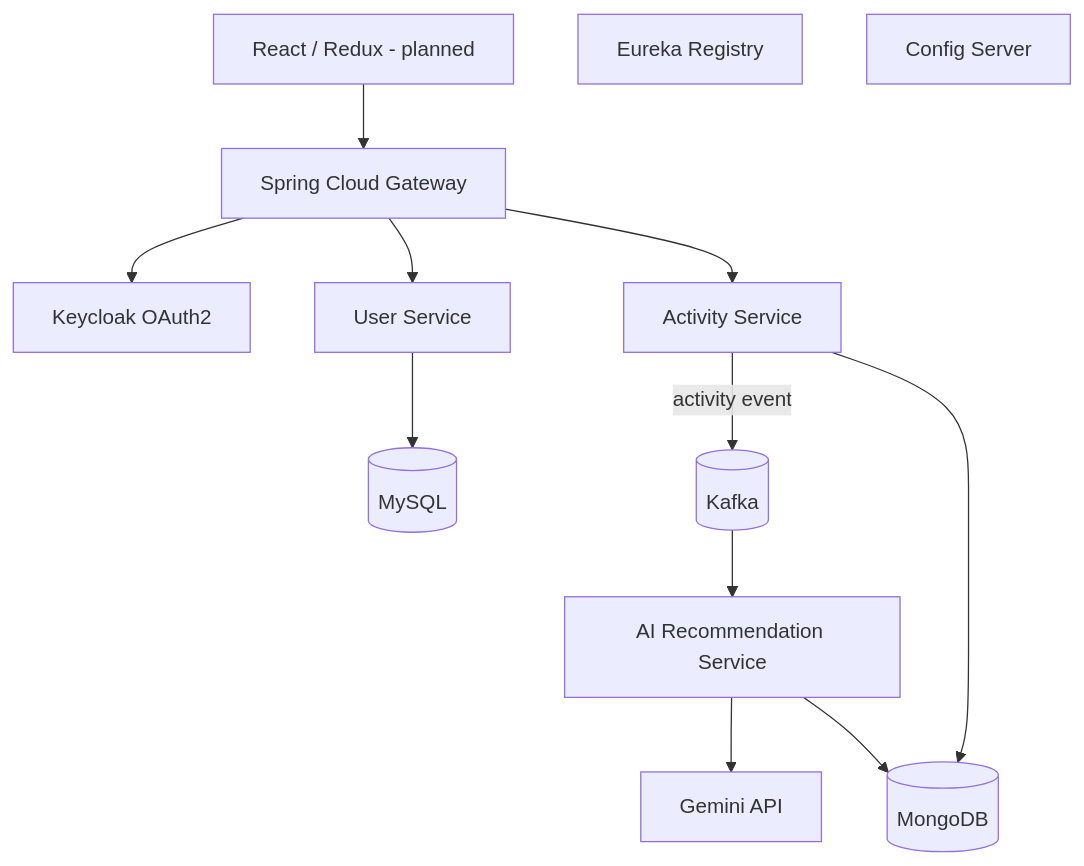
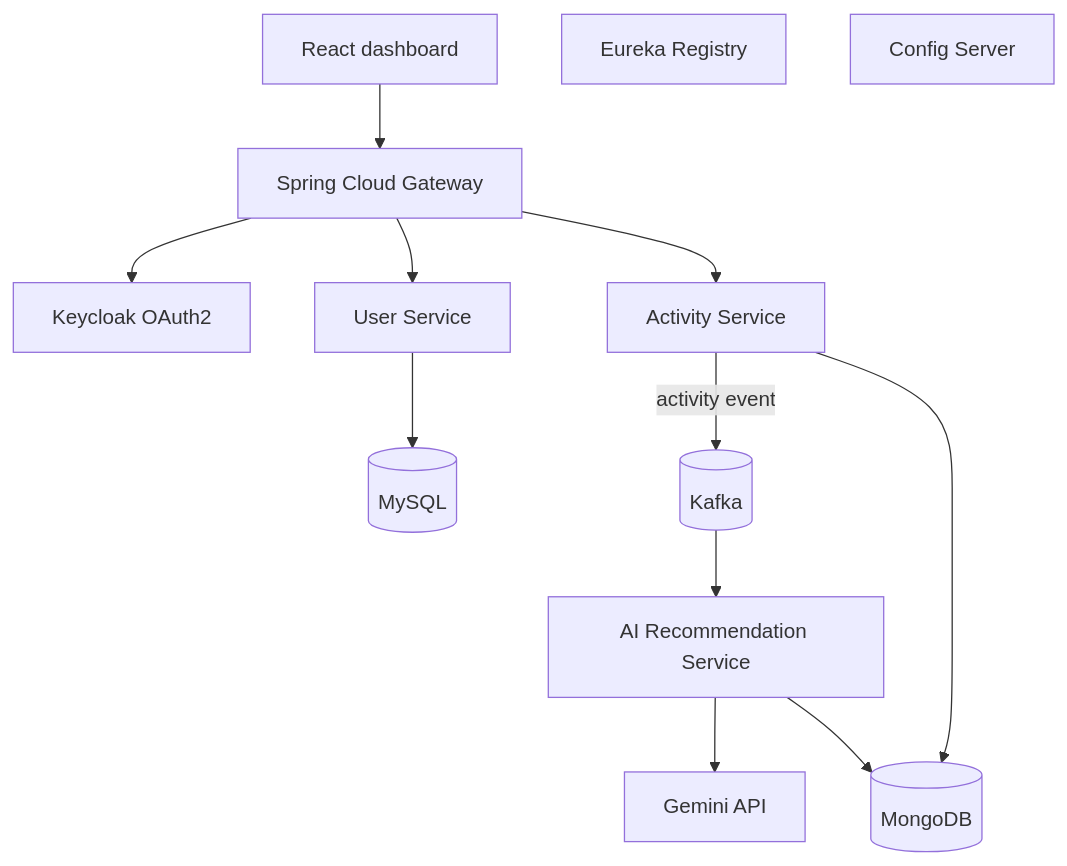
One commit to Singhshubhamiii/ai-fitness-microservices changed the diagram in README.md. Above: the diagram before and after it, drawn with Mermaid. The commit also changed other lines of this file, not shown here.

Commit message:
docs: update fitness README for React dashboard

````diff
--- a/README.md
+++ b/README.md
@@ -8,15 +8,15 @@
 ```mermaid
 flowchart TB
- UI[React / Redux - planned] --> GW[Spring Cloud Gateway]
+ UI[React dashboard] --> GW[Spring Cloud Gateway]
  GW --> KC[Keycloak OAuth2]
  GW --> U[User Service]
  GW --> A[Activity Service]
  A -->|activity event| K[(Kafka)]
  K --> AI[AI Recommendation Service]
  AI --> G[Gemini API]
  U --> DB1[(MySQL)]
  A --> DB2[(MongoDB)]
  AI --> DB2
  R[Eureka Registry]
  C[Config Server]
 ```
````
